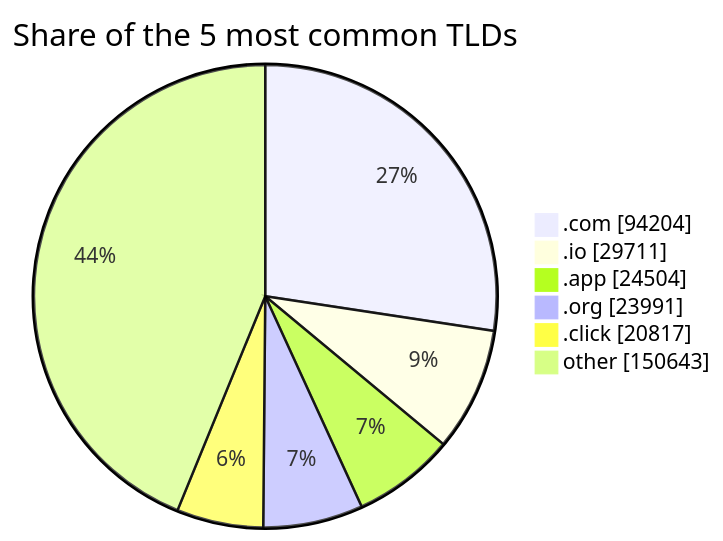
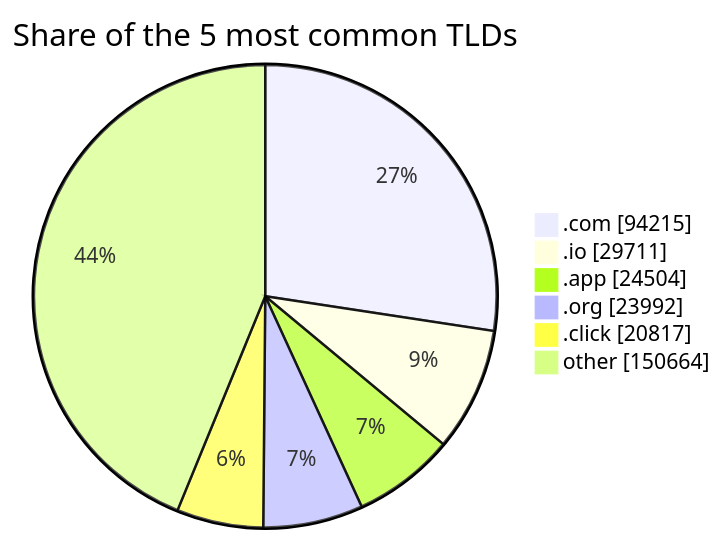
One commit to DNSBunker/CTI changed the third of 3 diagrams in README.md. Above: the diagram before and after it, drawn with Mermaid. The commit also changed other lines of this file and 3 other files, not shown here.

````diff
--- a/README.md
+++ b/README.md
@@ -81,9 +81,9 @@
 ```mermaid
 pie showData title Share of the 5 most common TLDs
-    ".com" : 94204
+    ".com" : 94215
     ".io" : 29711
     ".app" : 24504
-    ".org" : 23991
+    ".org" : 23992
     ".click" : 20817
-    "other" : 150643
+    "other" : 150664
 ```
````
